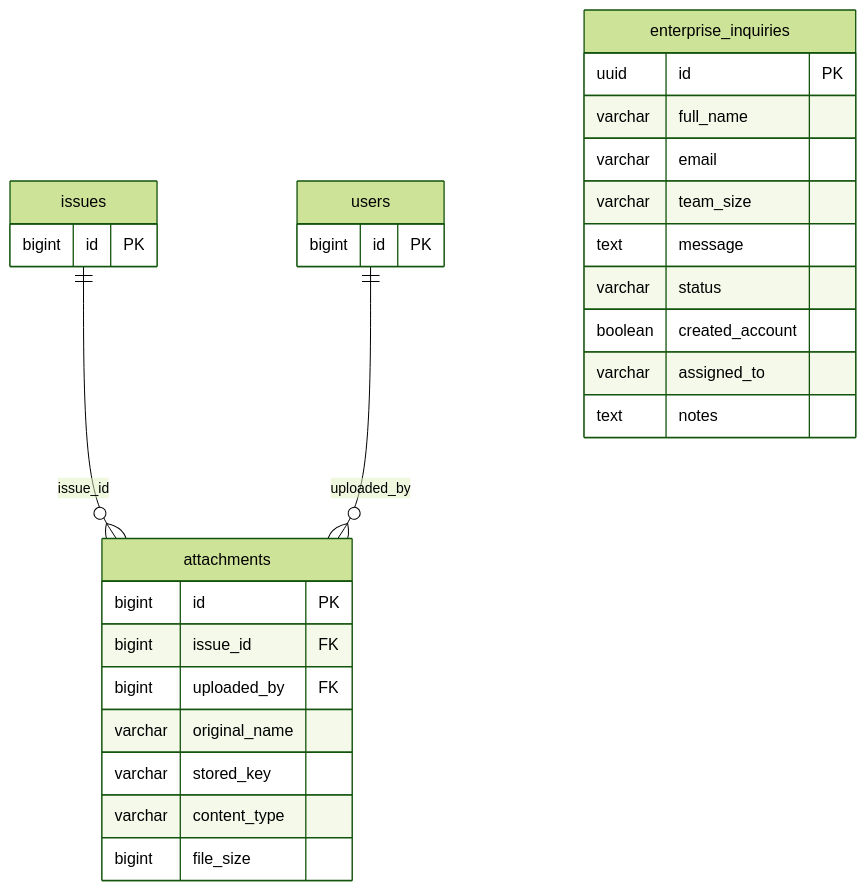
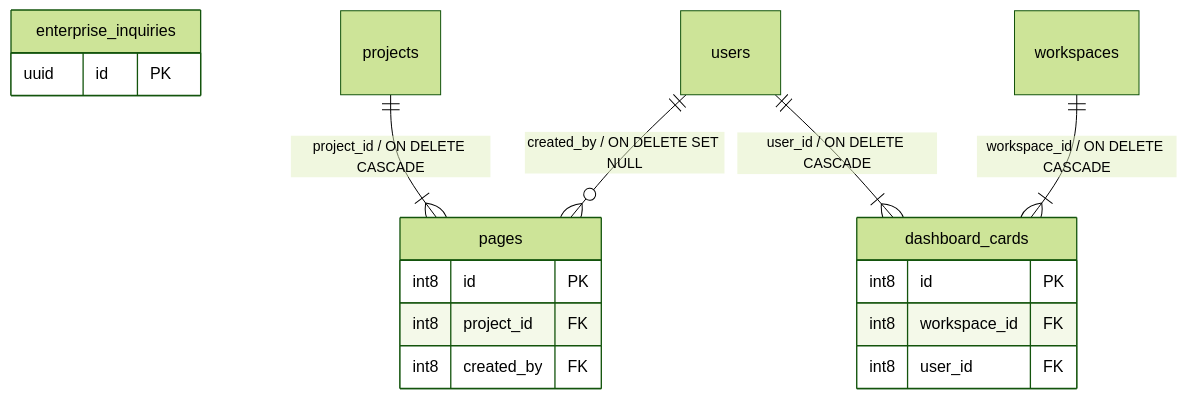
Before and after one commit to taskforce-project/taskforce-docs: the eighth of 8 diagrams in v1/03-architecture/Modele_Donnees_MCD_MLD.md, drawn with Mermaid (forest theme). The commit also changed other lines of this file, not shown here.

````diff
--- a/v1/03-architecture/Modele_Donnees_MCD_MLD.md
+++ b/v1/03-architecture/Modele_Donnees_MCD_MLD.md
@@ -603,31 +563,20 @@
 ```mermaid
 erDiagram
-  issues {
-    bigint id PK
+  pages {
+    int8 id PK
+    int8 project_id FK
+    int8 created_by FK
   }
-  users {
-    bigint id PK
-  }
-  attachments {
-    bigint id PK
-    bigint issue_id FK
-    bigint uploaded_by FK
-    varchar original_name
-    varchar stored_key
-    varchar content_type
-    bigint file_size
+  dashboard_cards {
+    int8 id PK
+    int8 workspace_id FK
+    int8 user_id FK
   }
   enterprise_inquiries {
     uuid id PK
-    varchar full_name
-    varchar email
-    varchar team_size
-    text message
-    varchar status
-    boolean created_account
-    varchar assigned_to
-    text notes
   }
-  issues ||--o{ attachments : "issue_id"
-  users ||--o{ attachments : "uploaded_by"
+  projects ||--|{ pages : "project_id / ON DELETE CASCADE"
+  users ||--o{ pages : "created_by / ON DELETE SET NULL"
+  workspaces ||--|{ dashboard_cards : "workspace_id / ON DELETE CASCADE"
+  users ||--|{ dashboard_cards : "user_id / ON DELETE CASCADE"
 ```
````
